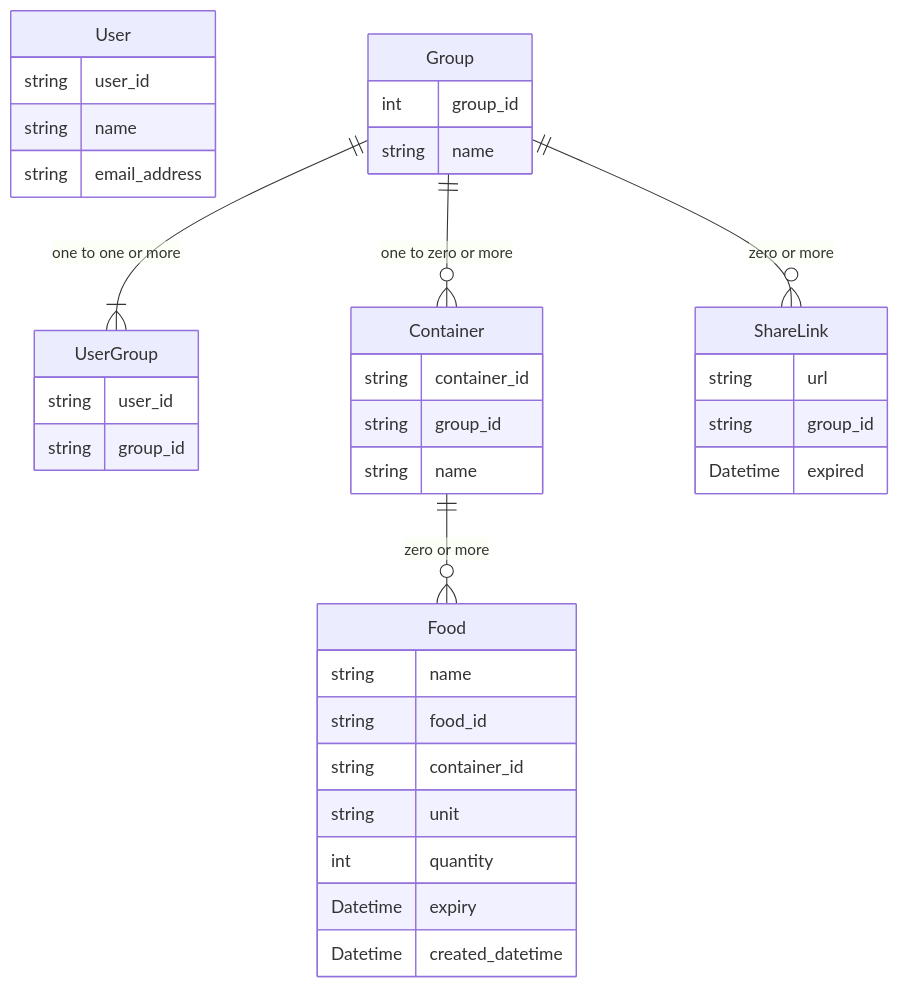
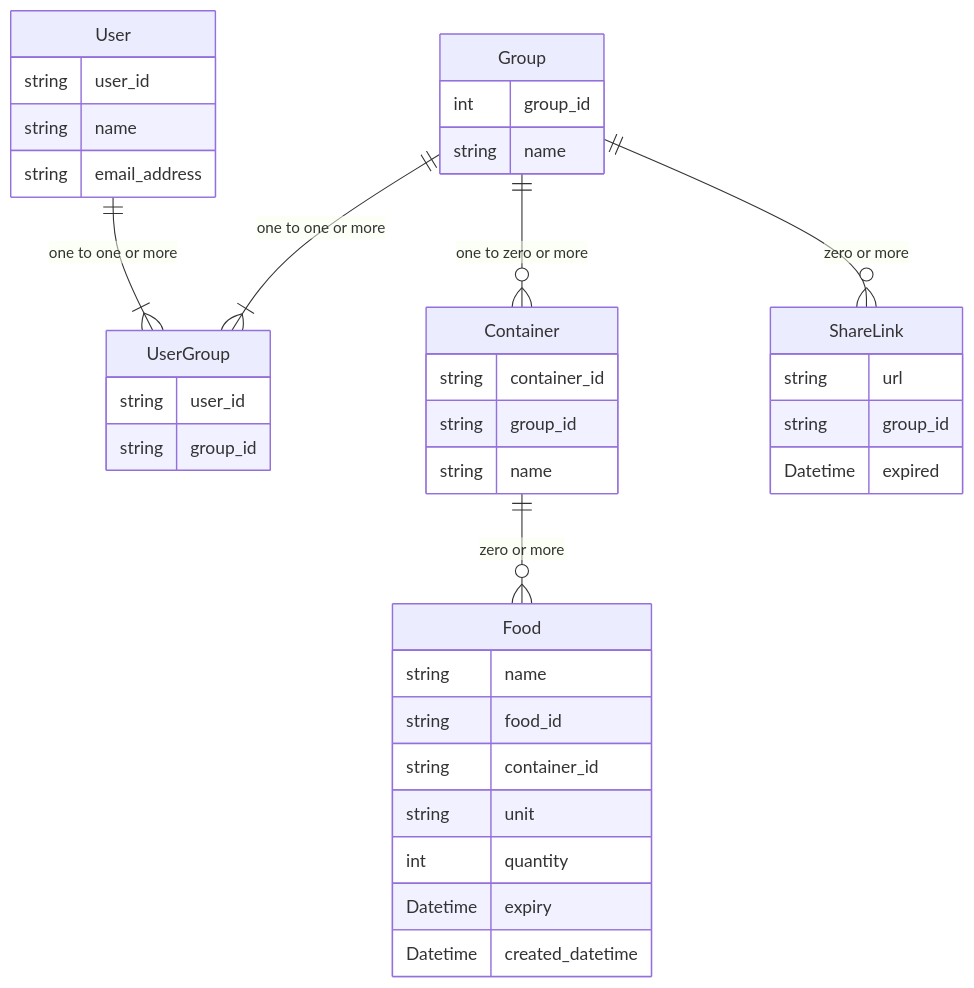
One commit to nishiki-tech/nishiki-documents changed the diagram in project-document/docs/database/er-diagram.md. Above: the diagram before and after it, drawn with Mermaid.

Commit message:
fix: added User and UserGroup connection (#55)

````diff
--- a/project-document/docs/database/er-diagram.md
+++ b/project-document/docs/database/er-diagram.md
@@ -3,48 +3,49 @@
 ```mermaid
 erDiagram
 
 User {
     string user_id
     string name
     string email_address
 }
 
 UserGroup {
     string user_id
     string group_id
 }
 
 Group {
     int group_id
     string name
 }
 
 Container {
     string container_id
     string group_id
     string name
 }
 
 Food {
     string name
     string food_id
     string container_id
     string unit
     int quantity
     Datetime expiry
     Datetime created_datetime
 }
 
 ShareLink {
     string url
     string group_id
     Datetime expired
 }
 
+User || --|{ UserGroup : "one to one or more"
 Group ||--|{ UserGroup : "one to one or more"
 Group ||--o{ Container : "one to zero or more"
 Container ||--o{ Food : "zero or more"
 Group ||--o{ ShareLink : "zero or more"
 
 
 ```
````
